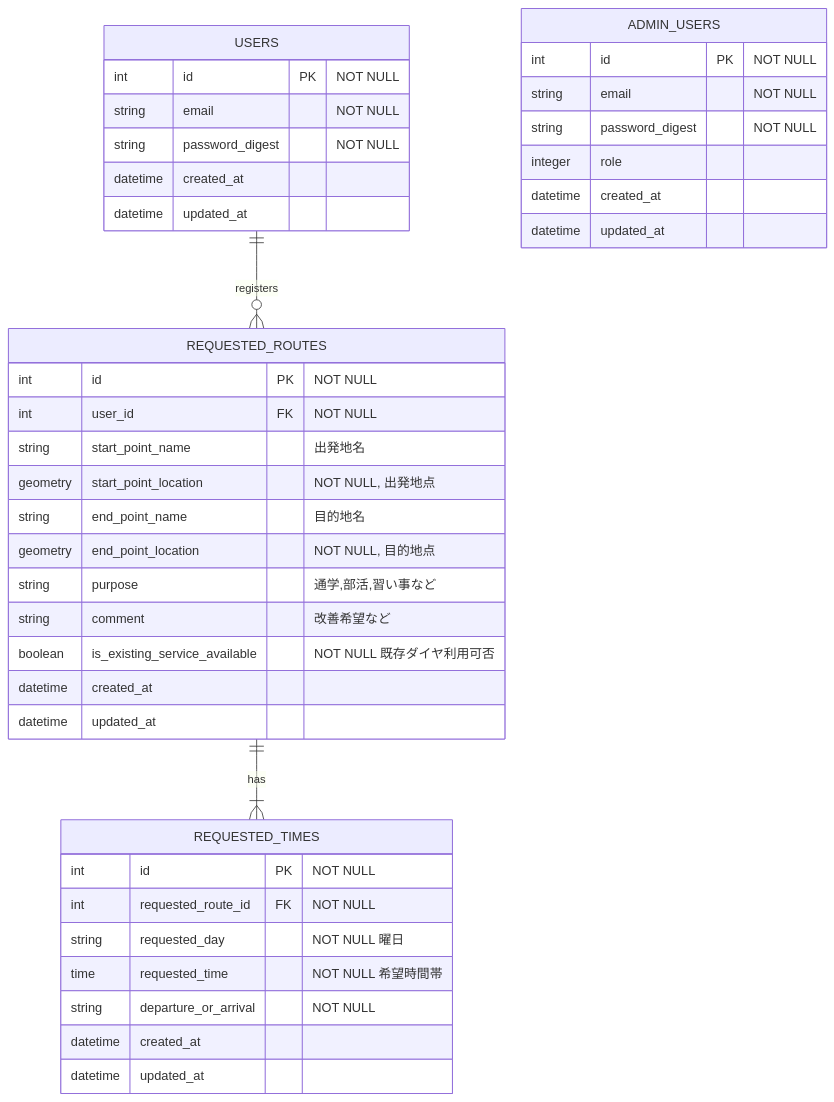
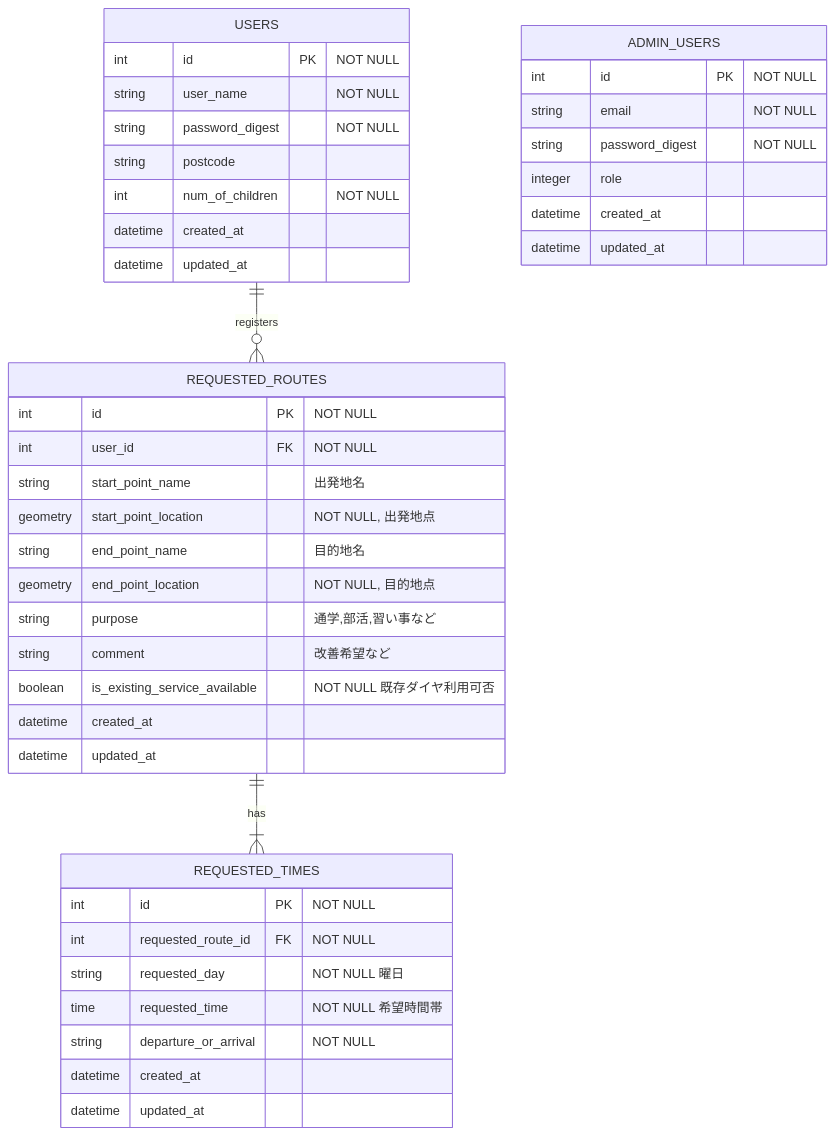
One commit to sachiurata/transportation changed the diagram in docs/ER図.md. Above: the diagram before and after it, drawn with Mermaid. The commit also changed 5 other files, not shown here.

`````diff
--- a/docs/ER図.md
+++ b/docs/ER図.md
@@ -1,42 +1,44 @@
 ````mermaid
 erDiagram
     USERS ||--o{ REQUESTED_ROUTES : "registers"
     REQUESTED_ROUTES ||--|{ REQUESTED_TIMES : "has"
     ADMIN_USERS {
         int id PK "NOT NULL"
         string email "NOT NULL"
         string password_digest "NOT NULL"
         integer role
         datetime created_at
         datetime updated_at
     }
     USERS {
         int id PK "NOT NULL"
-        string email "NOT NULL"
+        string user_name "NOT NULL"
         string password_digest "NOT NULL"
+        string postcode
+        int num_of_children "NOT NULL"
         datetime created_at
         datetime updated_at
     }
     REQUESTED_ROUTES {
         int id PK "NOT NULL"
         int user_id FK "NOT NULL"
         string start_point_name "出発地名"
         geometry start_point_location "NOT NULL, 出発地点"
         string end_point_name "目的地名"
         geometry end_point_location "NOT NULL, 目的地点"
         string purpose "通学,部活,習い事など"
         string comment "改善希望など"
         boolean is_existing_service_available "NOT NULL 既存ダイヤ利用可否"
         datetime created_at
         datetime updated_at
     }
     REQUESTED_TIMES {
        int id PK "NOT NULL"
        int requested_route_id FK "NOT NULL"
        string requested_day "NOT NULL 曜日"
        time requested_time "NOT NULL 希望時間帯"
        string departure_or_arrival "NOT NULL"
        datetime created_at
        datetime updated_at
     }
 ````
`````
